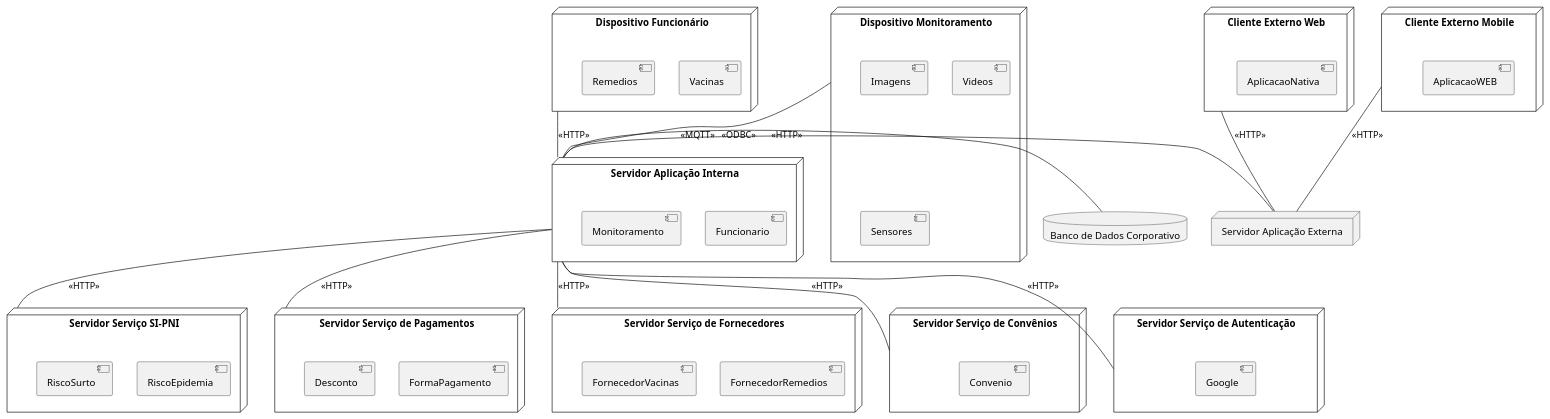
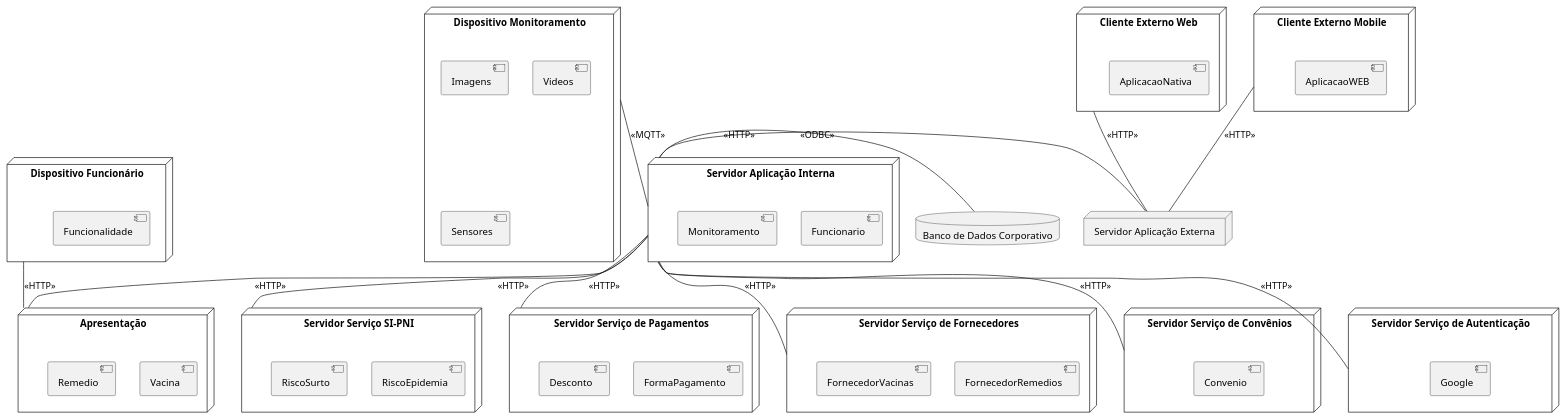
The diagram in diagrama-implementacao.PLANTUML (belcogo/desenv-software-diagramas), drawn with PlantUML before and after one commit.

Commit message:
Adicionando apresentação

```diff
--- a/diagrama-implementacao.PLANTUML
+++ b/diagrama-implementacao.PLANTUML
@@ -1,68 +1,72 @@
 @startuml
 database bancoDeDados as "Banco de Dados Corporativo"
 
 node servidorInterno as "Servidor Aplicação Interna"{
 component Funcionario
 component Monitoramento
 }
 
 node servidorExterno as "Servidor Aplicação Externa"
 
 node servicoSIPNI as "Servidor Serviço SI-PNI"{
 component RiscoEpidemia
 component RiscoSurto
 }
 
 node servicoPagamento as "Servidor Serviço de Pagamentos"{
 component FormaPagamento
 component Desconto
 }
 
 node servicoFornecedores as "Servidor Serviço de Fornecedores"{
 component FornecedorRemedios
 component FornecedorVacinas
 }
 
 node servicoConvenios as "Servidor Serviço de Convênios"{
 component Convenio
 }
 
 node servicoAutenticacao as "Servidor Serviço de Autenticação"{
 component Google
 }
 
 node dispositivoFuncionario as "Dispositivo Funcionário"{
-component Vacinas
-component Remedios
+component Funcionalidade
 }
 
 node dispositivoMonitoramento as "Dispositivo Monitoramento"{
 component Imagens
 component Videos
 component Sensores
 }
 
 
 node clienteWeb as "Cliente Externo Web" {
 component AplicacaoNativa
 }
 
 node clienteMobile as "Cliente Externo Mobile"{
 component AplicacaoWEB
 }
 
+node apresentacao as "Apresentação"{
+component Vacina
+component Remedio
+}
 
+servidorInterno -- apresentacao : <<HTTP>>
 servidorInterno -- servicoPagamento : <<HTTP>>
 servidorInterno -- servicoFornecedores : <<HTTP>>
 servidorInterno -- servicoSIPNI : <<HTTP>>
 servidorInterno -- servicoConvenios : <<HTTP>>
 servidorInterno -- servicoAutenticacao : <<HTTP>>
-
+dispositivoFuncionario -- apresentacao : <<HTTP>>
 
 servidorInterno - bancoDeDados : <<ODBC>>
 servidorExterno - servidorInterno : <<HTTP>>
 dispositivoMonitoramento -- servidorInterno : <<MQTT>>
-dispositivoFuncionario -- servidorInterno : <<HTTP>>
+
 clienteWeb -- servidorExterno : <<HTTP>>
 clienteMobile -- servidorExterno : <<HTTP>>
 @enduml
```
